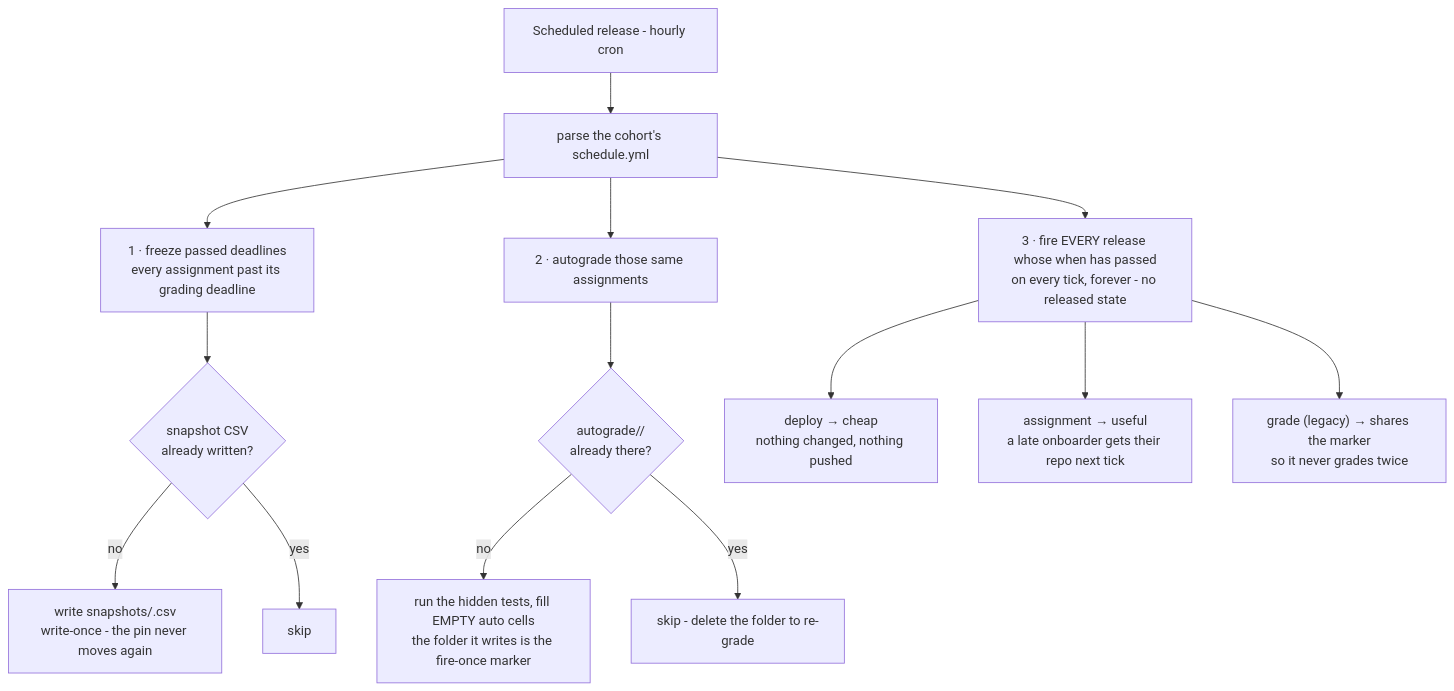
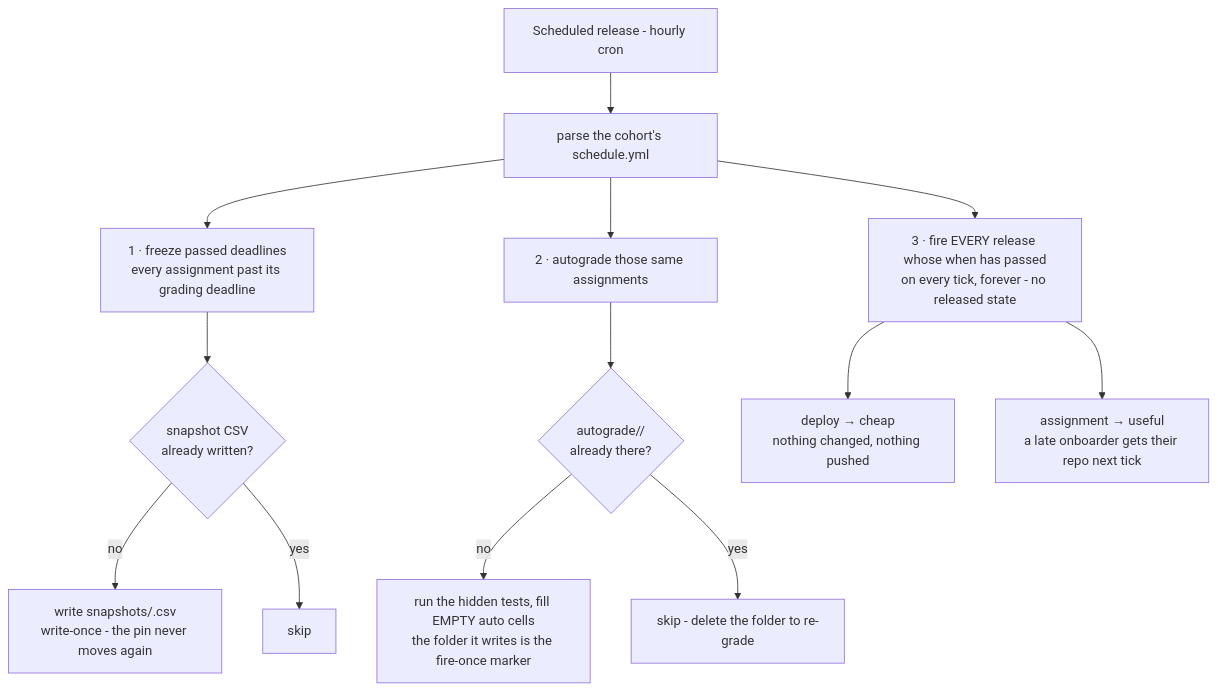
The diagram in docs/faculty-and-instructors/06-schedule-releases.md (hertie-data-science-lab/dsl-teaching-course-setup), drawn with Mermaid before and after one commit. The commit also changed other lines of this file and 28 other files, not shown here.

````diff
--- a/docs/faculty-and-instructors/06-schedule-releases.md
+++ b/docs/faculty-and-instructors/06-schedule-releases.md
@@ -100,25 +103,23 @@
 ```mermaid
 flowchart TB
   cron["Scheduled release - hourly cron"] --> parse["parse the cohort's schedule.yml"]
   parse --> p1["`1 · freeze passed deadlines
 every assignment past its grading deadline`"]
   p1 --> snap{"`snapshot CSV
 already written?`"}
   snap -- no --> freeze["`write snapshots/<slug>.csv
 write-once - the pin never moves again`"]
   snap -- yes --> skip["skip"]
   parse --> p2["`2 · autograde those same assignments`"]
   p2 --> mark{"`autograde/<slug>/
 already there?`"}
   mark -- no --> grade["`run the hidden tests, fill EMPTY auto cells
 the folder it writes is the fire-once marker`"]
   mark -- yes --> skip2["skip - delete the folder to re-grade"]
   parse --> p3["`3 · fire EVERY release whose when has passed
 on every tick, forever - no released state`"]
   p3 --> dep["`deploy → cheap
 nothing changed, nothing pushed`"]
   p3 --> asg["`assignment → useful
 a late onboarder gets their repo next tick`"]
-  p3 --> grd["`grade (legacy) → shares the marker
-so it never grades twice`"]
 ```
````
